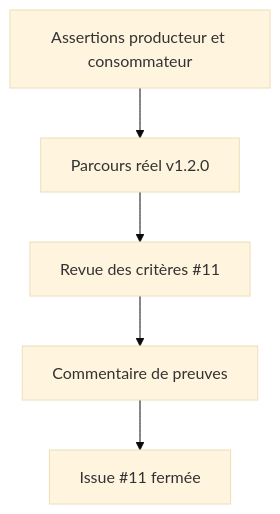
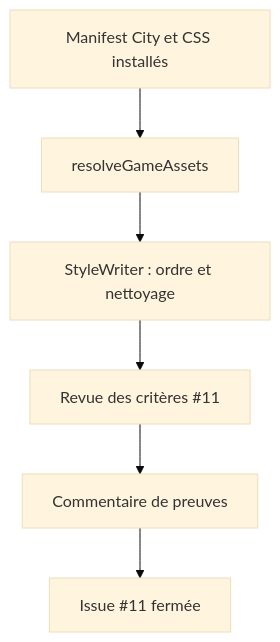
One commit to RebelliousSmile/schema-in-the-mist changed the first of 2 diagrams in aidd_docs/tasks/2026_09/2026_09_15_issue_11_release_closeout/phase-2.md. Above: the diagram before and after it, drawn with Mermaid (base theme). The commit also changed other lines of this file and 1 other file, not shown here.

````diff
--- a/aidd_docs/tasks/2026_09/2026_09_15_issue_11_release_closeout/phase-2.md
+++ b/aidd_docs/tasks/2026_09/2026_09_15_issue_11_release_closeout/phase-2.md
@@ -18,7 +21,8 @@
 ```mermaid
 flowchart TD
-  A[Assertions producteur et consommateur] --> B[Parcours réel v1.2.0]
-  B --> C[Revue des critères #11]
-  C --> D[Commentaire de preuves]
-  D --> E[Issue #11 fermée]
+  A[Manifest City et CSS installés] --> B[resolveGameAssets]
+  B --> C[StyleWriter : ordre et nettoyage]
+  C --> D[Revue des critères #11]
+  D --> E[Commentaire de preuves]
+  E --> F[Issue #11 fermée]
 ```
````
